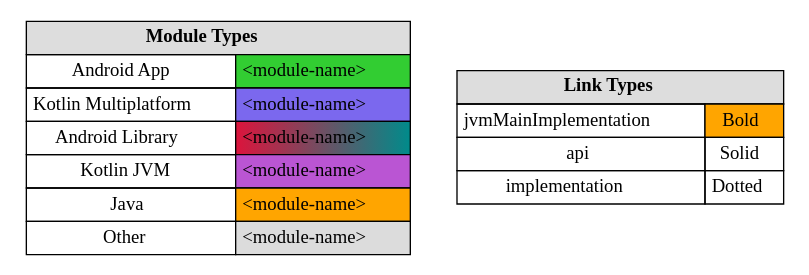
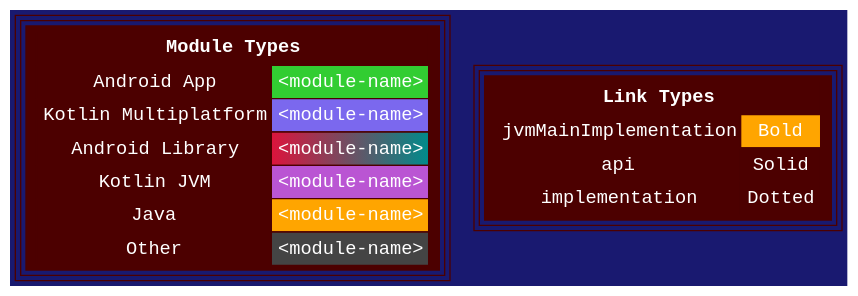
Before and after one commit to jonapoul/atlas: the diagram in samples/sample-graphviz/atlas/legend.dot, drawn with Graphviz. The commit also changed 20 other files, not shown here.

Commit message:
Style graphviz legends

```diff
--- a/samples/sample-graphviz/atlas/legend.dot
+++ b/samples/sample-graphviz/atlas/legend.dot
@@ -1,22 +1,24 @@
 digraph {
-  node [shape=plaintext]
+  node [fontname="Courier New",peripheries="3",style="filled",shape="plaintext",color="#4C0000",fontcolor="white"]
+  edge [arrowhead="ediamond",arrowtail="none",fontcolor="white",labelfloat="false",color="red"]
+  graph [bgcolor="MidnightBlue",fontsize="30",rankdir="TB",ranksep="1.5"]
   modules [label=<
   <TABLE BORDER="0" CELLBORDER="1" CELLSPACING="0" CELLPADDING="4">
-    <TR><TD COLSPAN="2" BGCOLOR="#DDDDDD"><B>Module Types</B></TD></TR>
+    <TR><TD COLSPAN="2"><B>Module Types</B></TD></TR>
     <TR><TD>Android App</TD><TD BGCOLOR="limegreen">&lt;module-name&gt;</TD></TR>
     <TR><TD>Kotlin Multiplatform</TD><TD BGCOLOR="mediumslateblue">&lt;module-name&gt;</TD></TR>
     <TR><TD>Android Library</TD><TD BGCOLOR="crimson:cyan4">&lt;module-name&gt;</TD></TR>
     <TR><TD>Kotlin JVM</TD><TD BGCOLOR="mediumorchid">&lt;module-name&gt;</TD></TR>
     <TR><TD>Java</TD><TD BGCOLOR="orange">&lt;module-name&gt;</TD></TR>
-    <TR><TD>Other</TD><TD BGCOLOR="gainsboro">&lt;module-name&gt;</TD></TR>
+    <TR><TD>Other</TD><TD BGCOLOR="#444444">&lt;module-name&gt;</TD></TR>
   </TABLE>
   >];
   links [label=<
   <TABLE BORDER="0" CELLBORDER="1" CELLSPACING="0" CELLPADDING="4">
-    <TR><TD COLSPAN="2" BGCOLOR="#DDDDDD"><B>Link Types</B></TD></TR>
+    <TR><TD COLSPAN="2"><B>Link Types</B></TD></TR>
     <TR><TD>jvmMainImplementation</TD><TD BGCOLOR="orange">Bold</TD></TR>
     <TR><TD>api</TD><TD>Solid</TD></TR>
     <TR><TD>implementation</TD><TD>Dotted</TD></TR>
   </TABLE>
   >];
 }
```
